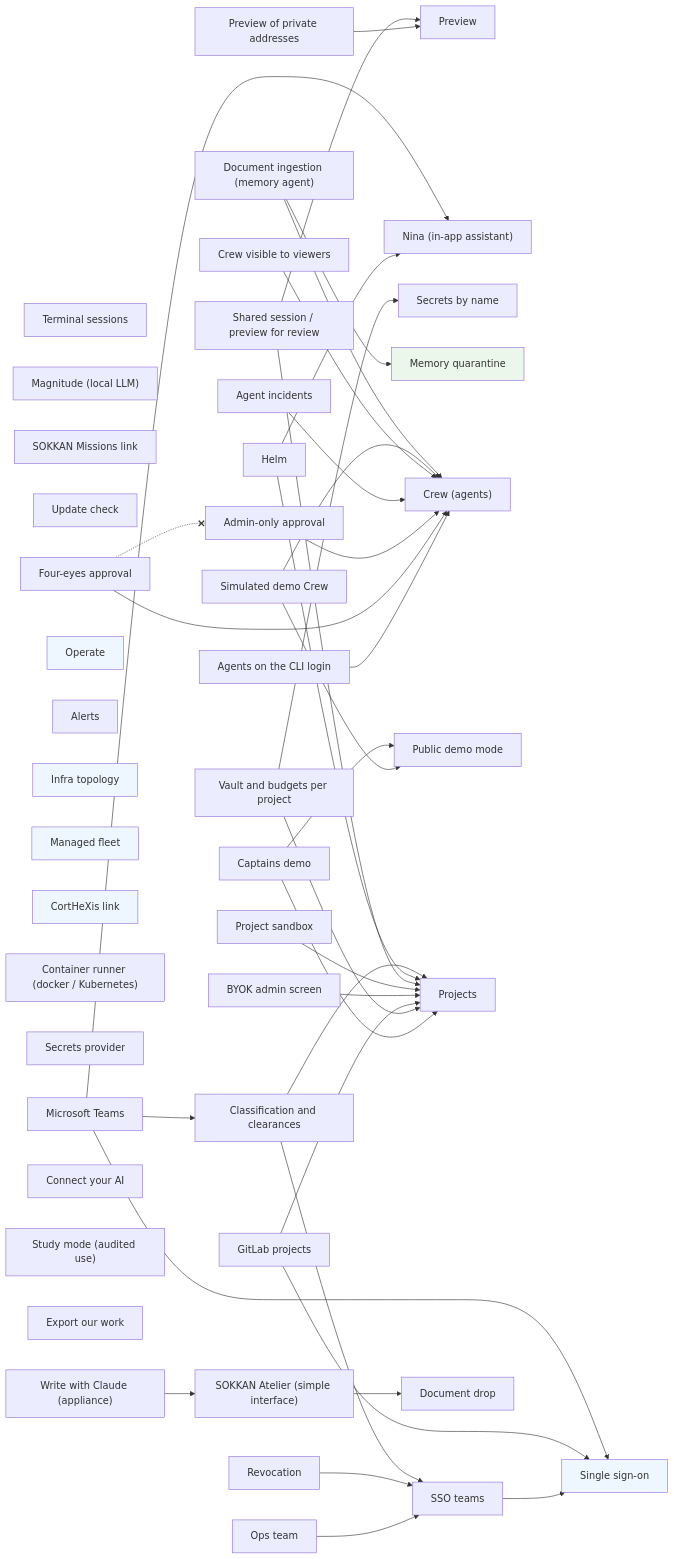
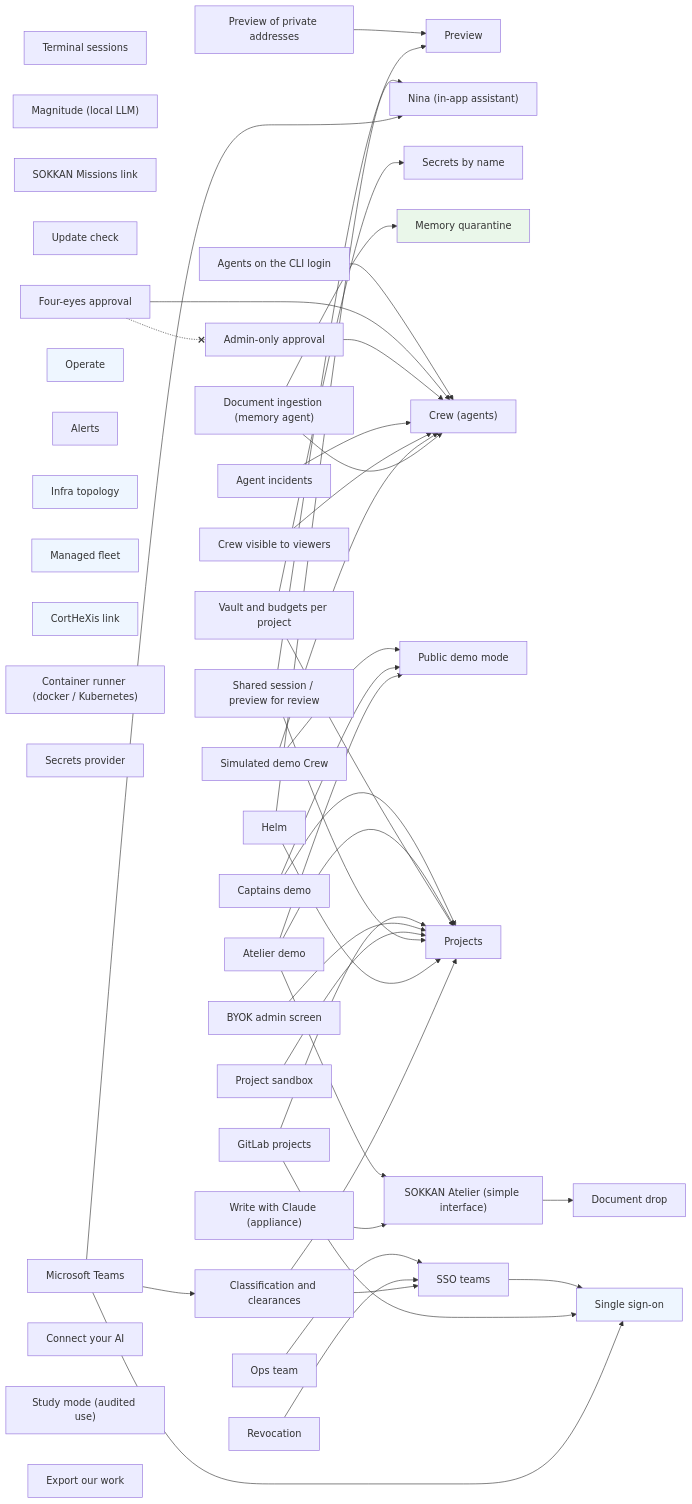
One commit to ninabot-ch/sokkan changed the diagram in docs/enterprise/FEATURES.md. Above: the diagram before and after it, drawn with Mermaid. The commit also changed other lines of this file and 9 other files, not shown here.

First line of the commit message:
feat: Atelier demo — read-only guard, call to action, fictional seed (feature demo_atelier)

```diff
--- a/docs/enterprise/FEATURES.md
+++ b/docs/enterprise/FEATURES.md
@@ -86,6 +87,7 @@
   demo_banner["Public demo mode"]
   demo_crew["Simulated demo Crew"]
   demo_captains["Captains demo"]
+  demo_atelier["Atelier demo"]
   sso["Single sign-on"]
   multi_project["Projects"]
   sso_teams["SSO teams"]
@@ -123,6 +125,9 @@
   demo_crew --> demo_banner
   demo_captains --> demo_banner
   demo_captains --> multi_project
+  demo_atelier --> demo_banner
+  demo_atelier --> simple_profile
+  demo_atelier --> multi_project
   sso_teams --> sso
   ops_team --> sso_teams
   project_vault_budgets --> multi_project
```
